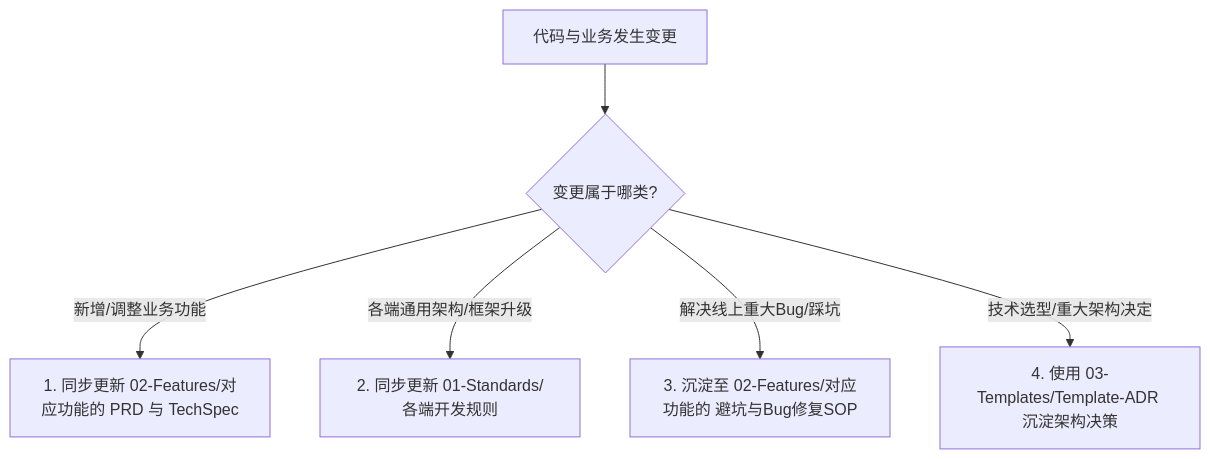
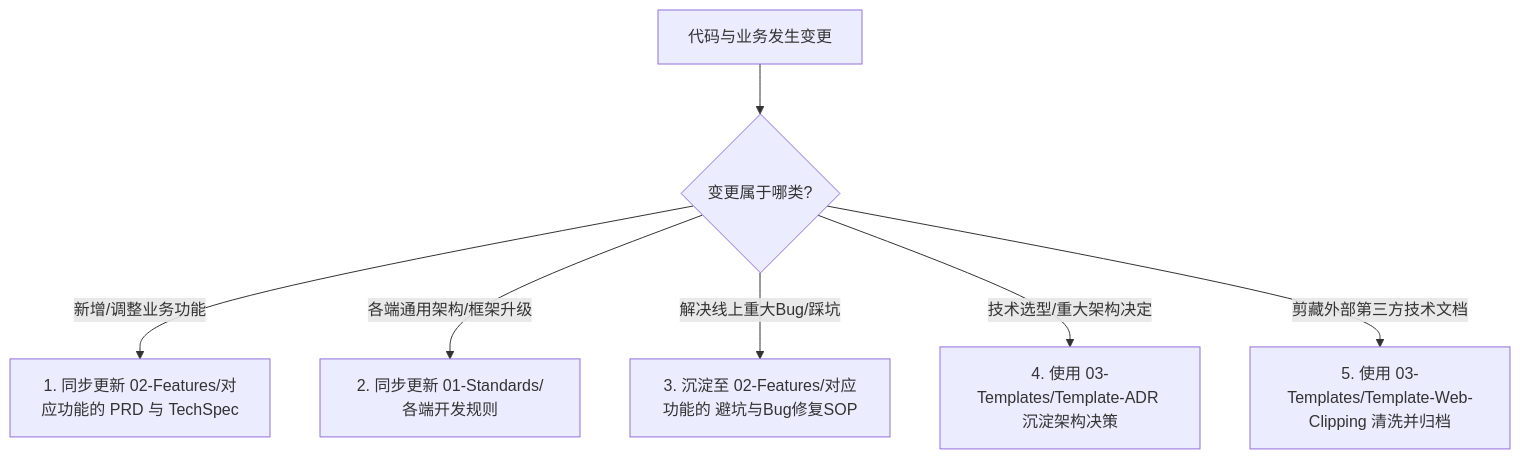
One commit to AlexhahahaDrag/my_alex_brain changed the diagram in 00-System/知识库持续维护与代码同步SOP.md. Above: the diagram before and after it, drawn with Mermaid. The commit also changed other lines of this file and 7 other files, not shown here.

````diff
--- a/00-System/知识库持续维护与代码同步SOP.md
+++ b/00-System/知识库持续维护与代码同步SOP.md
@@ -26,9 +26,10 @@
 ```mermaid
 graph TD
     Change[代码与业务发生变更] --> CheckType{变更属于哪类?}
 
     CheckType -->|新增/调整业务功能| SyncPRD[1. 同步更新 02-Features/对应功能的 PRD 与 TechSpec]
     CheckType -->|各端通用架构/框架升级| SyncDev[2. 同步更新 01-Standards/各端开发规则]
     CheckType -->|解决线上重大Bug/踩坑| SyncTrouble[3. 沉淀至 02-Features/对应功能的 避坑与Bug修复SOP]
     CheckType -->|技术选型/重大架构决定| SyncADR[4. 使用 03-Templates/Template-ADR 沉淀架构决策]
+    CheckType -->|剪藏外部第三方技术文档| SyncWeb[5. 使用 03-Templates/Template-Web-Clipping 清洗并归档]
 ```
````
